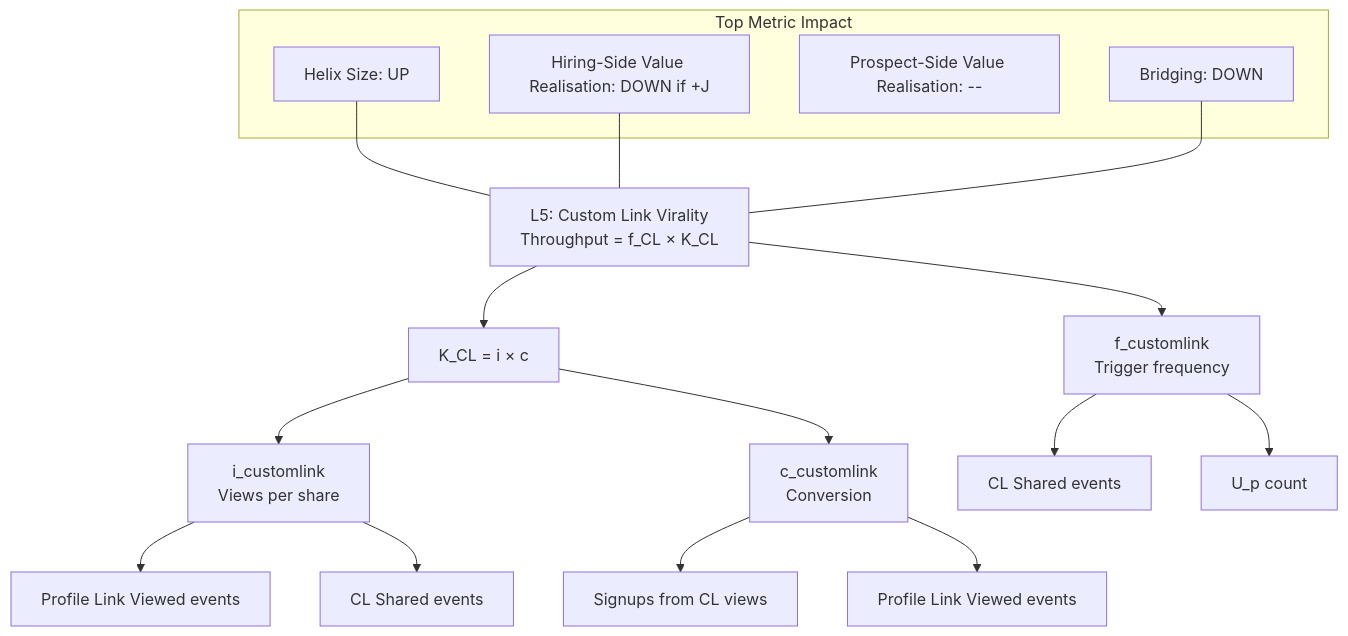
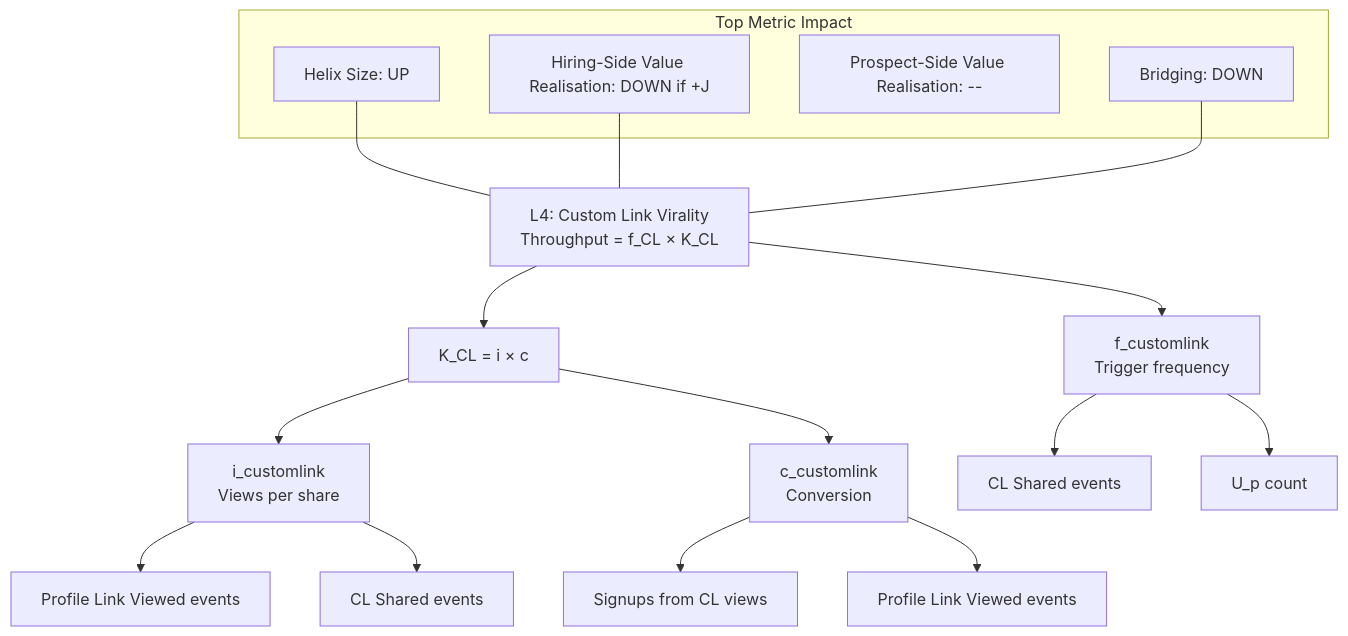
Before and after one commit to Zipstorm/jobpilot-presentation: the eighth of 14 diagrams in presentations/helix-nms-detailed/slides_act3_act4.md, drawn with Mermaid. The commit also changed other lines of this file and 10 other files, not shown here.

````diff
--- a/presentations/helix-nms-detailed/slides_act3_act4.md
+++ b/presentations/helix-nms-detailed/slides_act3_act4.md
@@ -390,29 +310,29 @@
 ```mermaid
 graph TD
     subgraph impact ["Top Metric Impact"]
         SIZE["Helix Size: UP"]
         LIQ["Hiring-Side Value Realisation: DOWN if +J"]
         ACT["Prospect-Side Value Realisation: --"]
         BRG["Bridging: DOWN"]
     end
 
-    L5["L5: Custom Link Virality<br/>Throughput = f_CL × K_CL"]
+    L4["L4: Custom Link Virality<br/>Throughput = f_CL × K_CL"]
 
-    SIZE --- L5
-    LIQ --- L5
-    BRG --- L5
+    SIZE --- L4
+    LIQ --- L4
+    BRG --- L4
 
-    L5 --> f5["f_customlink<br/>Trigger frequency"]
-    L5 --> K5["K_CL = i × c"]
-    K5 --> i5["i_customlink<br/>Views per share"]
-    K5 --> c5["c_customlink<br/>Conversion"]
+    L4 --> f4["f_customlink<br/>Trigger frequency"]
+    L4 --> K4["K_CL = i × c"]
+    K4 --> i4["i_customlink<br/>Views per share"]
+    K4 --> c4["c_customlink<br/>Conversion"]
 
-    f5 --> bf5a["CL Shared events"]
-    f5 --> bf5b["U_p count"]
+    f4 --> bf4a["CL Shared events"]
+    f4 --> bf4b["U_p count"]
 
-    i5 --> bi5a["Profile Link Viewed events"]
-    i5 --> bi5b["CL Shared events"]
+    i4 --> bi4a["Profile Link Viewed events"]
+    i4 --> bi4b["CL Shared events"]
 
-    c5 --> bc5a["Signups from CL views"]
-    c5 --> bc5b["Profile Link Viewed events"]
+    c4 --> bc4a["Signups from CL views"]
+    c4 --> bc4b["Profile Link Viewed events"]
 ```
````
